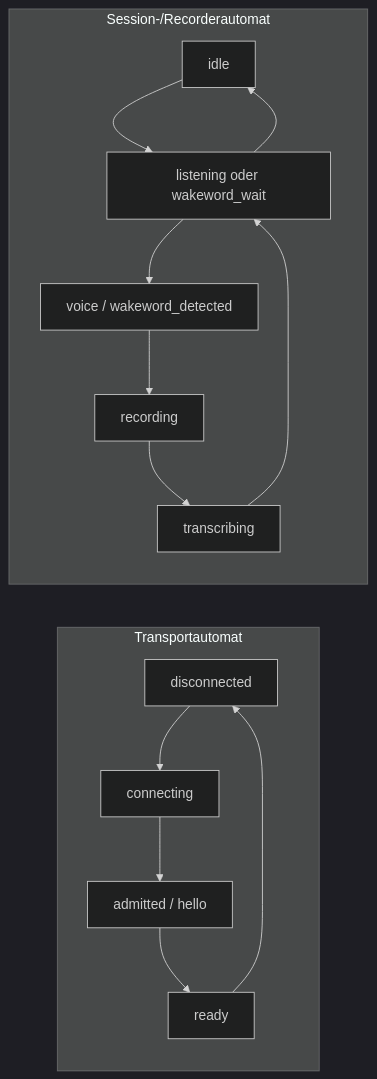
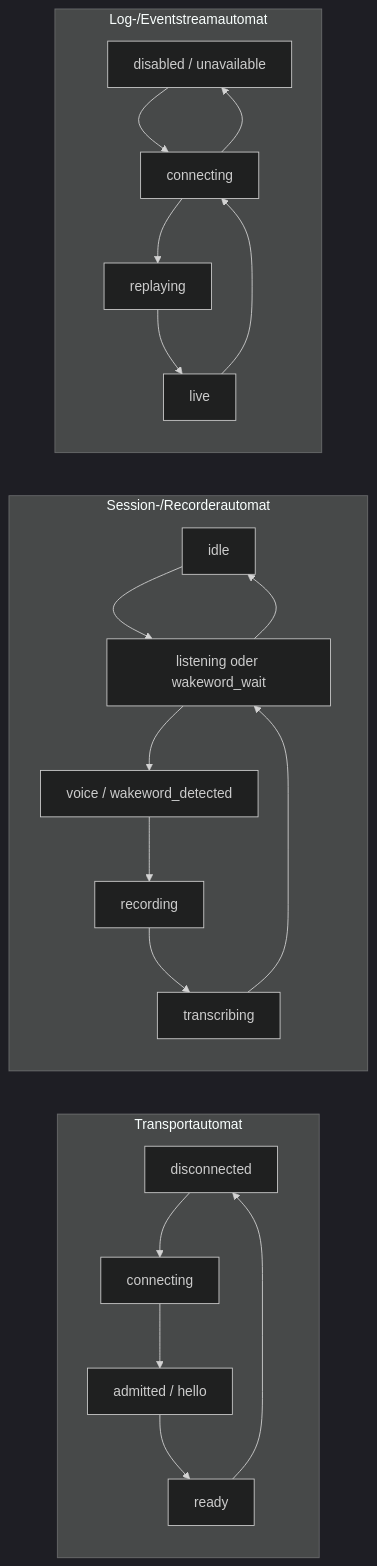
Before and after one commit to marcosudau-vps/voice-stt-server: the first of 2 diagrams in docs/client-development/05-client-zustandsmodell.md, drawn with Mermaid (dark theme). The commit also changed other lines of this file and 22 other files, not shown here.

````diff
--- a/docs/client-development/05-client-zustandsmodell.md
+++ b/docs/client-development/05-client-zustandsmodell.md
@@ -15,18 +16,26 @@
 ```mermaid
 flowchart LR
     subgraph Transport["Transportautomat"]
         T0["disconnected"] --> T1["connecting"]
         T1 --> T2["admitted / hello"]
         T2 --> T3["ready"]
         T3 --> T0
     end
 
     subgraph Stream["Session-/Recorderautomat"]
         S0["idle"] --> S1["listening oder wakeword_wait"]
         S1 --> S2["voice / wakeword_detected"]
         S2 --> S3["recording"]
         S3 --> S4["transcribing"]
         S4 --> S1
         S1 --> S0
     end
+
+    subgraph Events["Log-/Eventstreamautomat"]
+        L0["disabled / unavailable"] --> L1["connecting"]
+        L1 --> L2["replaying"]
+        L2 --> L3["live"]
+        L3 --> L1
+        L1 --> L0
+    end
 ```
````
